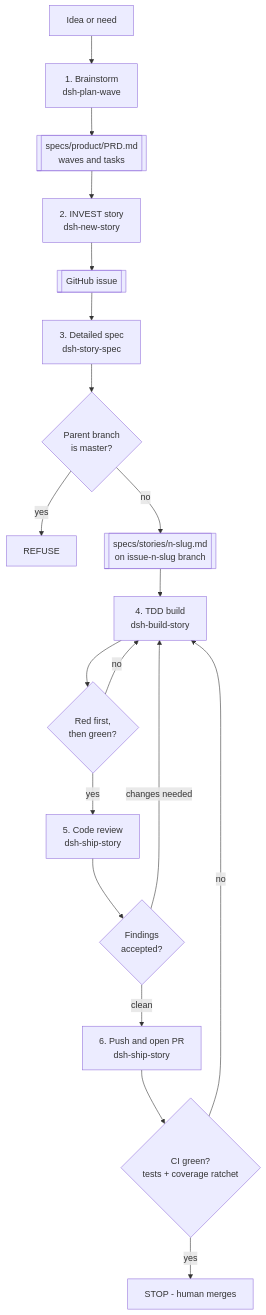
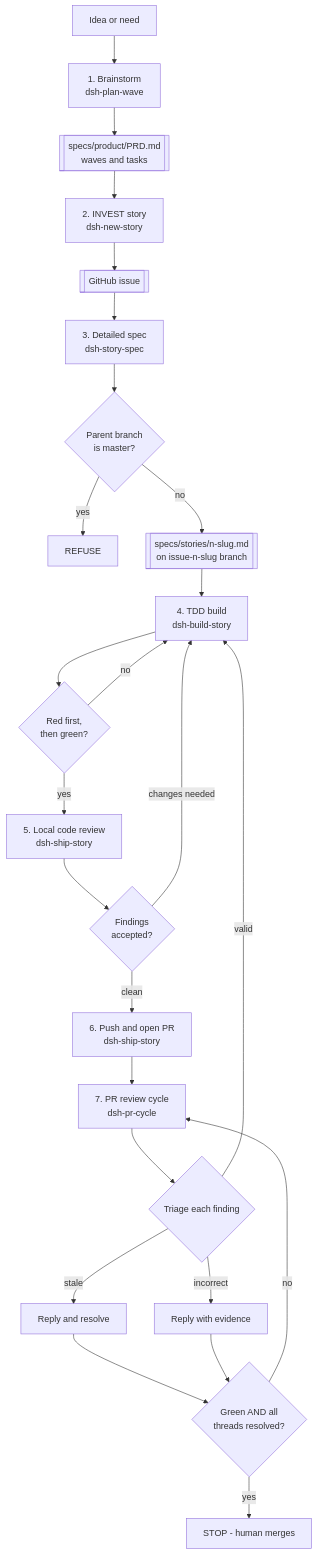
The diagram in docs/process/ai-driven-development.md (MRISS-Projects/dsh), drawn with Mermaid before and after one commit. The commit also changed other lines of this file and 5 other files, not shown here.

````diff
--- a/docs/process/ai-driven-development.md
+++ b/docs/process/ai-driven-development.md
@@ -17,21 +18,28 @@
 ```mermaid
 flowchart TD
     A[Idea or need] --> B["1. Brainstorm<br/>dsh-plan-wave"]
     B --> C[["specs/product/PRD.md<br/>waves and tasks"]]
     C --> D["2. INVEST story<br/>dsh-new-story"]
     D --> E[["GitHub issue"]]
     E --> F["3. Detailed spec<br/>dsh-story-spec"]
     F --> G{"Parent branch<br/>is master?"}
     G -->|yes| H["REFUSE"]
     G -->|no| I[["specs/stories/n-slug.md<br/>on issue-n-slug branch"]]
     I --> J["4. TDD build<br/>dsh-build-story"]
     J --> K{"Red first,<br/>then green?"}
     K -->|no| J
-    K -->|yes| L["5. Code review<br/>dsh-ship-story"]
+    K -->|yes| L["5. Local code review<br/>dsh-ship-story"]
     L --> M{"Findings<br/>accepted?"}
     M -->|changes needed| J
     M -->|clean| N["6. Push and open PR<br/>dsh-ship-story"]
-    N --> O{"CI green?<br/>tests + coverage ratchet"}
-    O -->|no| J
-    O -->|yes| P["STOP - human merges"]
+    N --> Q["7. PR review cycle<br/>dsh-pr-cycle"]
+    Q --> R{"Triage each finding"}
+    R -->|stale| S["Reply and resolve"]
+    R -->|incorrect| T["Reply with evidence"]
+    R -->|valid| J
+    S --> U
+    T --> U
+    U{"Green AND all<br/>threads resolved?"}
+    U -->|no| Q
+    U -->|yes| P["STOP - human merges"]
 ```
````
